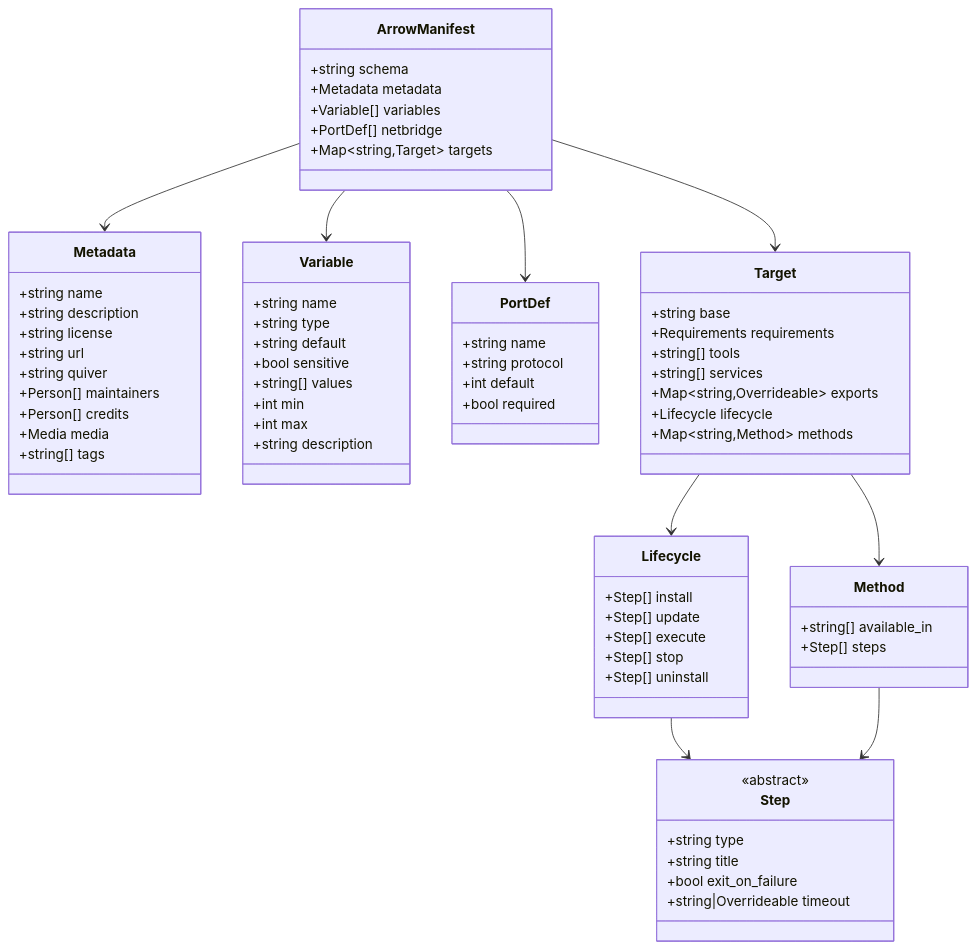
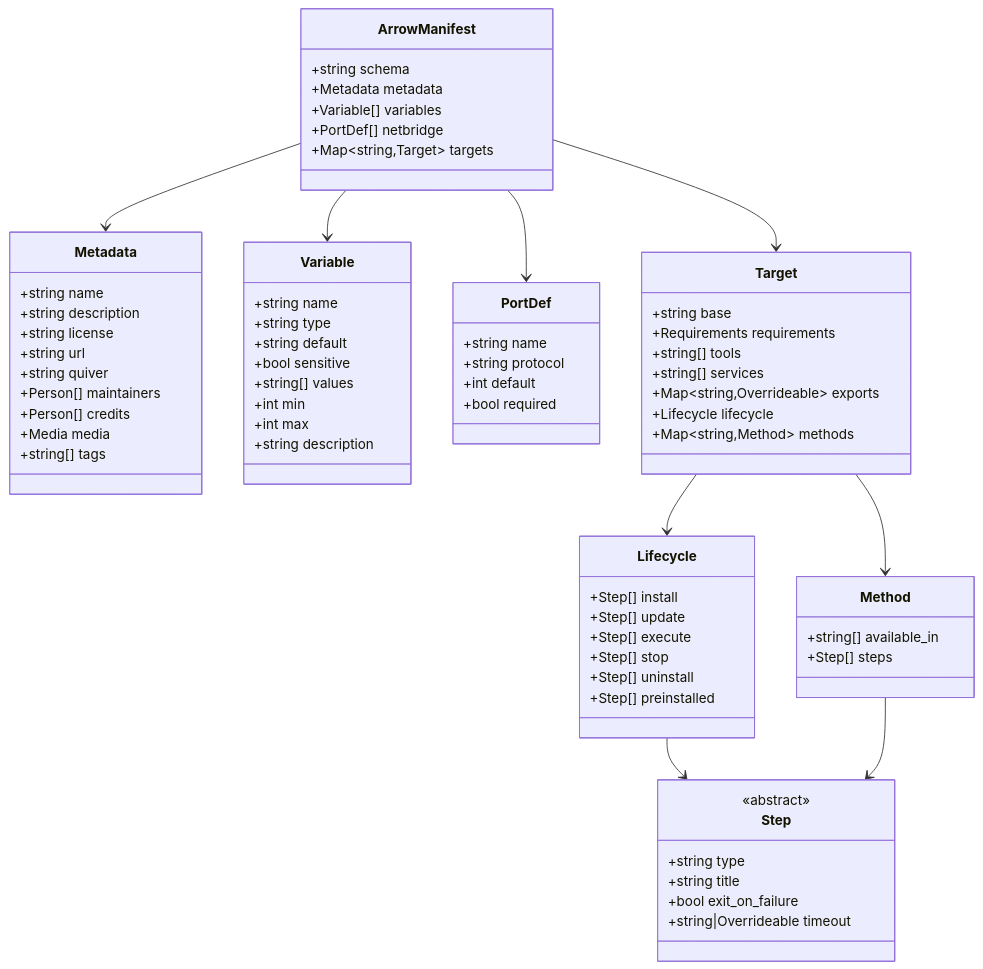
Before and after one commit to rabbytesoftware/quiver.core: the first of 2 diagrams in docs/spec/manifests/v0/arrow.md, drawn with Mermaid. The commit also changed other lines of this file and 130 other files, not shown here.

````diff
--- a/docs/spec/manifests/v0/arrow.md
+++ b/docs/spec/manifests/v0/arrow.md
@@ -210,73 +211,74 @@
 ```mermaid
 classDiagram
     class ArrowManifest {
         +string schema
         +Metadata metadata
         +Variable[] variables
         +PortDef[] netbridge
         +Map~string,Target~ targets
     }
     class Metadata {
         +string name
         +string description
         +string license
         +string url
         +string quiver
         +Person[] maintainers
         +Person[] credits
         +Media media
         +string[] tags
     }
     class Variable {
         +string name
         +string type
         +string default
         +bool sensitive
         +string[] values
         +int min
         +int max
         +string description
     }
     class PortDef {
         +string name
         +string protocol
         +int default
         +bool required
     }
     class Target {
         +string base
         +Requirements requirements
         +string[] tools
         +string[] services
         +Map~string,Overrideable~ exports
         +Lifecycle lifecycle
         +Map~string,Method~ methods
     }
     class Lifecycle {
         +Step[] install
         +Step[] update
         +Step[] execute
         +Step[] stop
         +Step[] uninstall
+        +Step[] preinstalled
     }
     class Step {
         <<abstract>>
         +string type
         +string title
         +bool exit_on_failure
         +string|Overrideable timeout
     }
     class Method {
         +string[] available_in
         +Step[] steps
     }
 
     ArrowManifest --> Metadata
     ArrowManifest --> Variable
     ArrowManifest --> PortDef
     ArrowManifest --> Target
     Target --> Lifecycle
     Target --> Method
     Lifecycle --> Step
     Method --> Step
 ```
````
